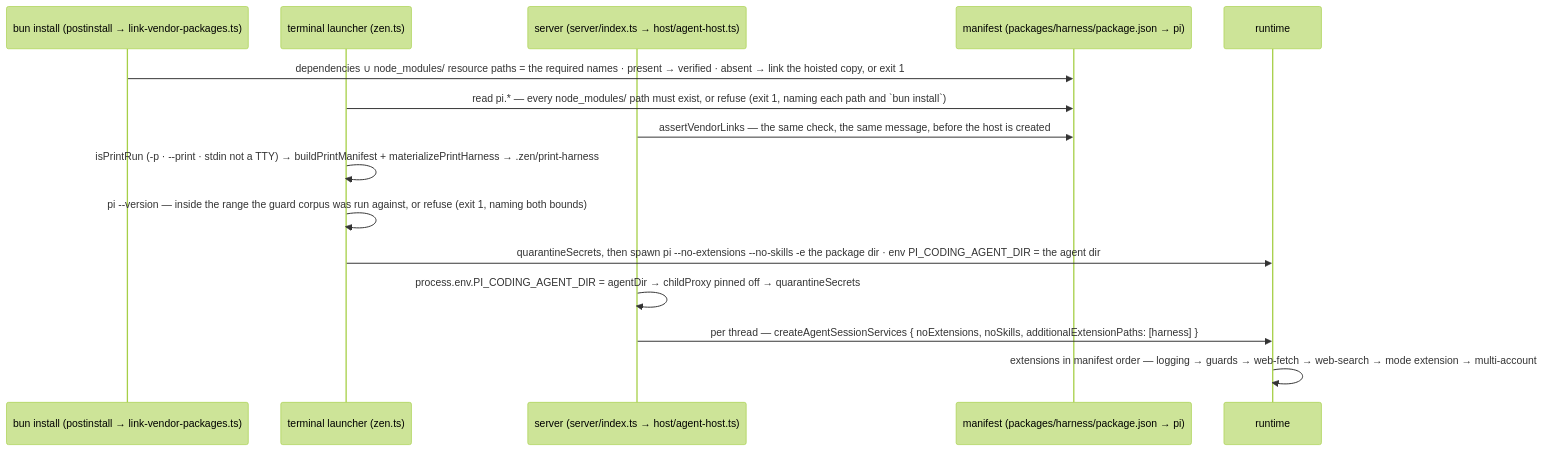
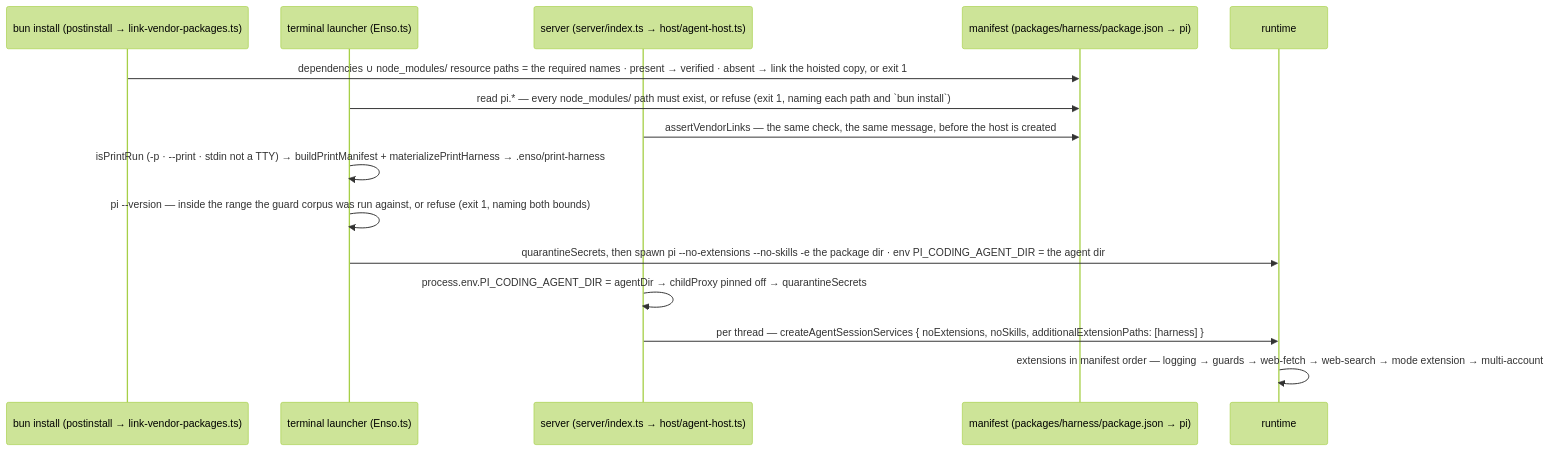
The diagram in docs/flows/boot-and-launchers.md (dopamine911/enso-harness), drawn with Mermaid (forest theme) before and after one commit. The commit also changed other lines of this file and 221 other files, not shown here.

First line of the commit message:
zen-harness is Enso

````diff
--- a/docs/flows/boot-and-launchers.md
+++ b/docs/flows/boot-and-launchers.md
@@ -11,18 +11,18 @@
 ```mermaid
 sequenceDiagram
   participant I as bun install (postinstall → link-vendor-packages.ts)
-  participant Z as terminal launcher (zen.ts)
+  participant Z as terminal launcher (Enso.ts)
   participant S as server (server/index.ts → host/agent-host.ts)
   participant M as manifest (packages/harness/package.json → pi)
   participant R as runtime
 
   I->>M: dependencies ∪ node_modules/ resource paths = the required names · present → verified · absent → link the hoisted copy, or exit 1
   Z->>M: read pi.* — every node_modules/ path must exist, or refuse (exit 1, naming each path and `bun install`)
   S->>M: assertVendorLinks — the same check, the same message, before the host is created
-  Z->>Z: isPrintRun (-p · --print · stdin not a TTY) → buildPrintManifest + materializePrintHarness → .zen/print-harness
+  Z->>Z: isPrintRun (-p · --print · stdin not a TTY) → buildPrintManifest + materializePrintHarness → .enso/print-harness
   Z->>Z: pi --version — inside the range the guard corpus was run against, or refuse (exit 1, naming both bounds)
   Z->>R: quarantineSecrets, then spawn pi --no-extensions --no-skills -e the package dir · env PI_CODING_AGENT_DIR = the agent dir
   S->>S: process.env.PI_CODING_AGENT_DIR = agentDir → childProxy pinned off → quarantineSecrets
   S->>R: per thread — createAgentSessionServices { noExtensions, noSkills, additionalExtensionPaths: [harness] }
   R->>R: extensions in manifest order — logging → guards → web-fetch → web-search → mode extension → multi-account
 ```
````
